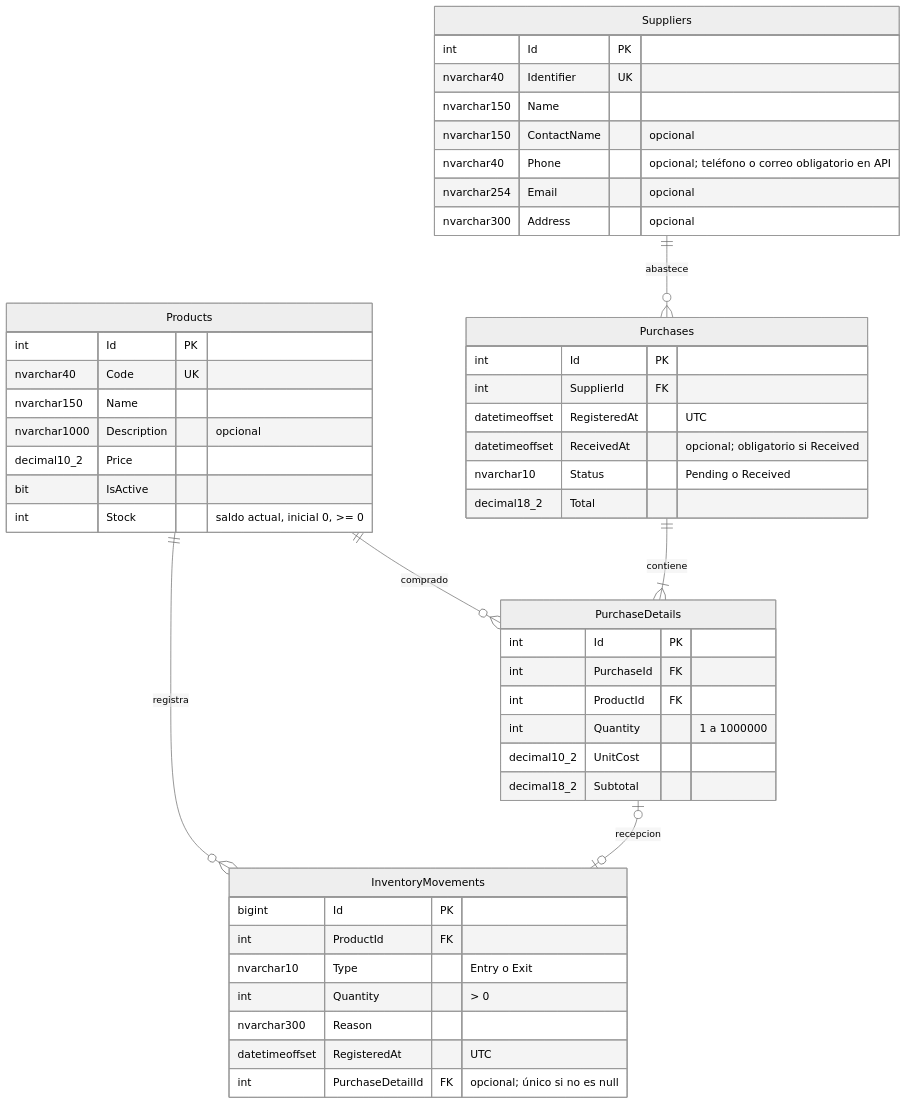
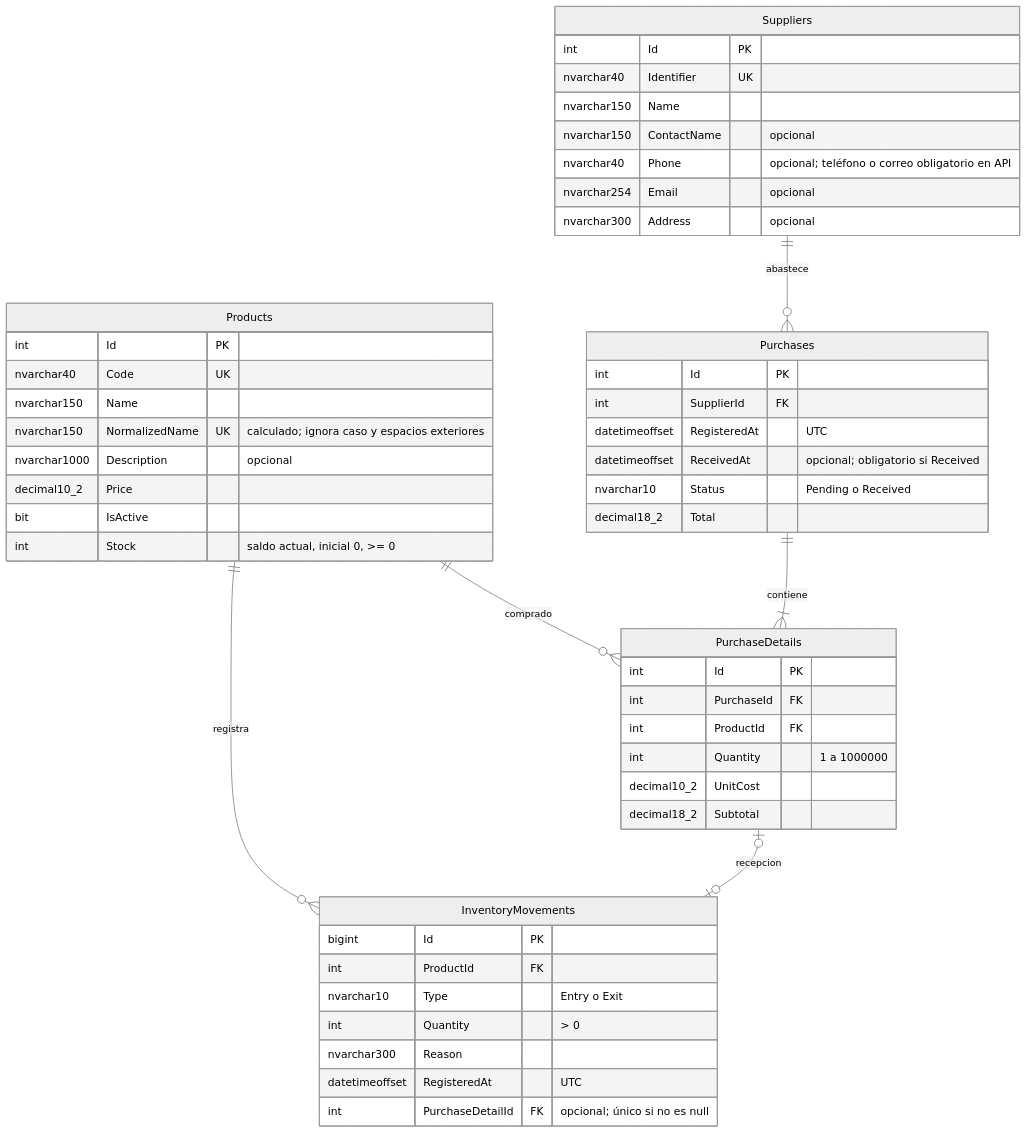
One commit to Agares21/Solvex changed the diagram in docs/modelo-entidad-relacion.md. Above: the diagram before and after it, drawn with Mermaid (neutral theme). The commit also changed other lines of this file and 46 other files, not shown here.

````diff
--- a/docs/modelo-entidad-relacion.md
+++ b/docs/modelo-entidad-relacion.md
@@ -3,51 +3,52 @@
 ```mermaid
 erDiagram
     Products ||--o{ InventoryMovements : registra
     Products {
         int Id PK
         nvarchar40 Code UK
         nvarchar150 Name
+        nvarchar150 NormalizedName UK "calculado; ignora caso y espacios exteriores"
         nvarchar1000 Description "opcional"
         decimal10_2 Price
         bit IsActive
         int Stock "saldo actual, inicial 0, >= 0"
     }
     InventoryMovements {
         bigint Id PK
         int ProductId FK
         nvarchar10 Type "Entry o Exit"
         int Quantity "> 0"
         nvarchar300 Reason
         datetimeoffset RegisteredAt "UTC"
         int PurchaseDetailId FK "opcional; único si no es null"
     }
     Suppliers ||--o{ Purchases : abastece
     Purchases ||--|{ PurchaseDetails : contiene
     Products ||--o{ PurchaseDetails : comprado
     PurchaseDetails o|--o| InventoryMovements : recepcion
     Suppliers {
         int Id PK
         nvarchar40 Identifier UK
         nvarchar150 Name
         nvarchar150 ContactName "opcional"
         nvarchar40 Phone "opcional; teléfono o correo obligatorio en API"
         nvarchar254 Email "opcional"
         nvarchar300 Address "opcional"
     }
     Purchases {
         int Id PK
         int SupplierId FK
         datetimeoffset RegisteredAt "UTC"
         datetimeoffset ReceivedAt "opcional; obligatorio si Received"
         nvarchar10 Status "Pending o Received"
         decimal18_2 Total
     }
     PurchaseDetails {
         int Id PK
         int PurchaseId FK
         int ProductId FK
         int Quantity "1 a 1000000"
         decimal10_2 UnitCost
         decimal18_2 Subtotal
     }
 ```
````
